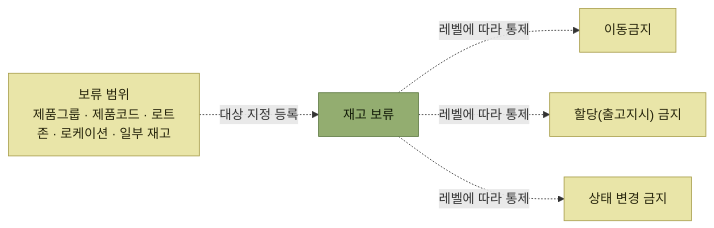
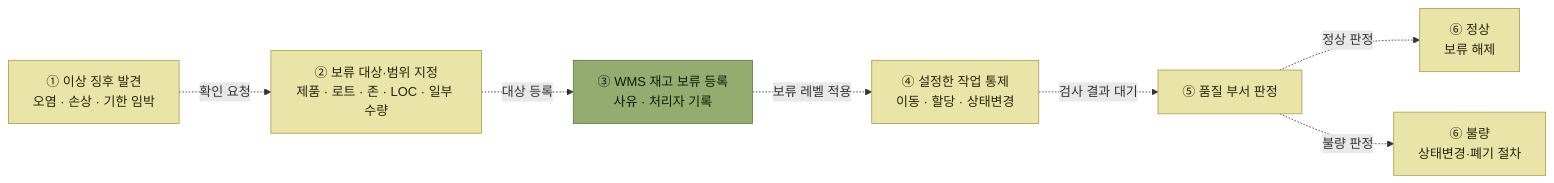
The diagram in books/wms-원리와-이해/6-재고관리/3-재고-보류.md (devholic22/logistics-backend-study), drawn with Mermaid before and after one commit. The commit also changed other lines of this file and 3 other files, not shown here.

````diff
--- a/books/wms-원리와-이해/6-재고관리/3-재고-보류.md
+++ b/books/wms-원리와-이해/6-재고관리/3-재고-보류.md
@@ -35,18 +35,22 @@
 ```mermaid
 flowchart LR
-    SCOPE["보류 범위<br/>제품그룹 · 제품코드 · 로트<br/>존 · 로케이션 · 일부 재고"]
-    HOLD["재고 보류"]
-    B1["이동금지"]
-    B2["할당(출고지시) 금지"]
-    B3["상태 변경 금지"]
+    ISSUE["① 이상 징후 발견<br/>오염 · 손상 · 기한 임박"]
+    SCOPE["② 보류 대상·범위 지정<br/>제품 · 로트 · 존 · LOC · 일부 수량"]
+    HOLD["③ WMS 재고 보류 등록<br/>사유 · 처리자 기록"]
+    BLOCK["④ 설정한 작업 통제<br/>이동 · 할당 · 상태변경"]
+    QA["⑤ 품질 부서 판정"]
+    RELEASE["⑥ 정상<br/>보류 해제"]
+    CHANGE["⑥ 불량<br/>상태변경·폐기 절차"]
 
-    SCOPE -. "대상 지정 등록" .-> HOLD
-    HOLD -. "레벨에 따라 통제" .-> B1
-    HOLD -. "레벨에 따라 통제" .-> B2
-    HOLD -. "레벨에 따라 통제" .-> B3
+    ISSUE -. "확인 요청" .-> SCOPE
+    SCOPE -. "대상 등록" .-> HOLD
+    HOLD -. "보류 레벨 적용" .-> BLOCK
+    BLOCK -. "검사 결과 대기" .-> QA
+    QA -. "정상 판정" .-> RELEASE
+    QA -. "불량 판정" .-> CHANGE
 
     classDef sys fill:#e9e5a8,stroke:#a99f4d,color:#26240c
     classDef core fill:#93ad70,stroke:#5f7a44,color:#121a08
-    class SCOPE,B1,B2,B3 sys
+    class ISSUE,SCOPE,BLOCK,QA,RELEASE,CHANGE sys
     class HOLD core
 ```
````
